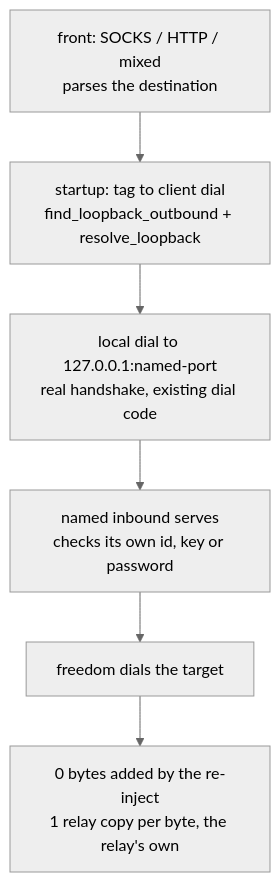
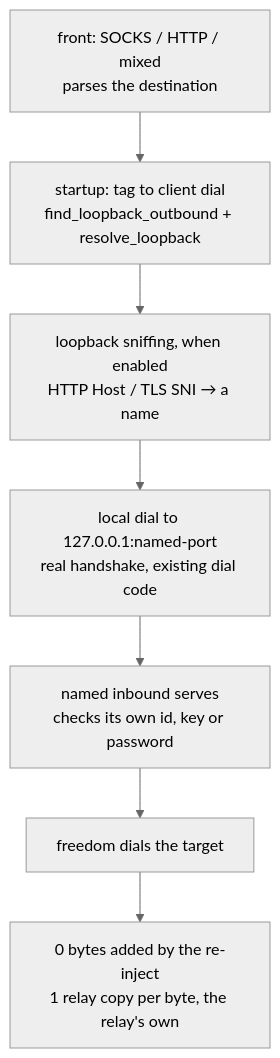
The diagram in docs/function/loopback.md (Ferrocite/ferrox), drawn with Mermaid (neutral theme) before and after one commit. The commit also changed other lines of this file and 6 other files, not shown here.

Commit message:
sniffing: apply loopback outbound sniffer before the re-inject

````diff
--- a/docs/function/loopback.md
+++ b/docs/function/loopback.md
@@ -11,8 +11,9 @@
 ```mermaid
 graph TD
     C["front: SOCKS / HTTP / mixed<br/>parses the destination"] --> R["startup: tag to client dial<br/>find_loopback_outbound + resolve_loopback"]
-    R --> L["local dial to 127.0.0.1:named-port<br/>real handshake, existing dial code"]
+    R --> N["loopback sniffing, when enabled<br/>HTTP Host / TLS SNI → a name"]
+    N --> L["local dial to 127.0.0.1:named-port<br/>real handshake, existing dial code"]
     L --> S["named inbound serves<br/>checks its own id, key or password"]
     S --> F["freedom dials the target"]
     F --> Z["0 bytes added by the re-inject<br/>1 relay copy per byte, the relay's own"]
 ```
````
